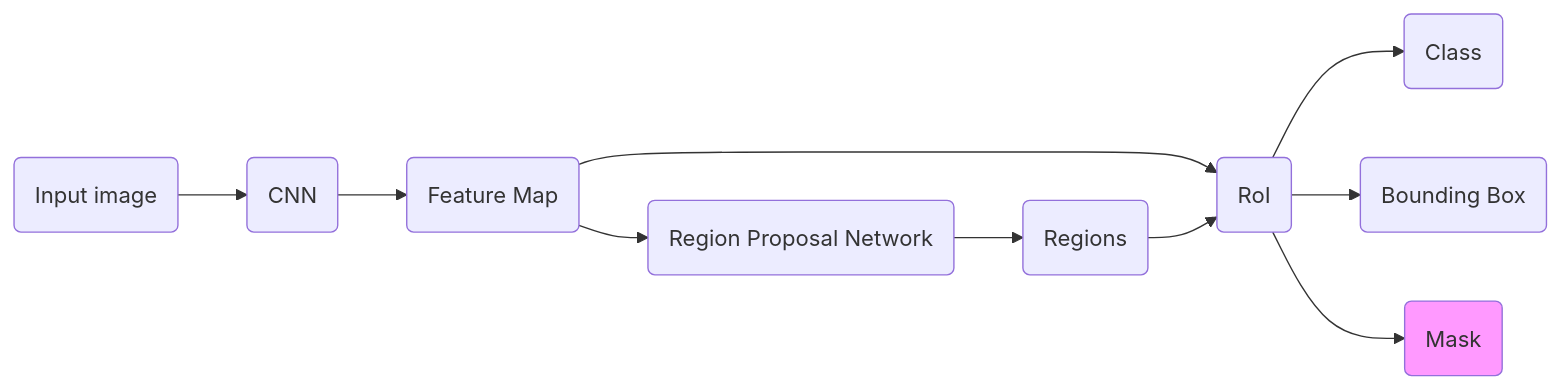
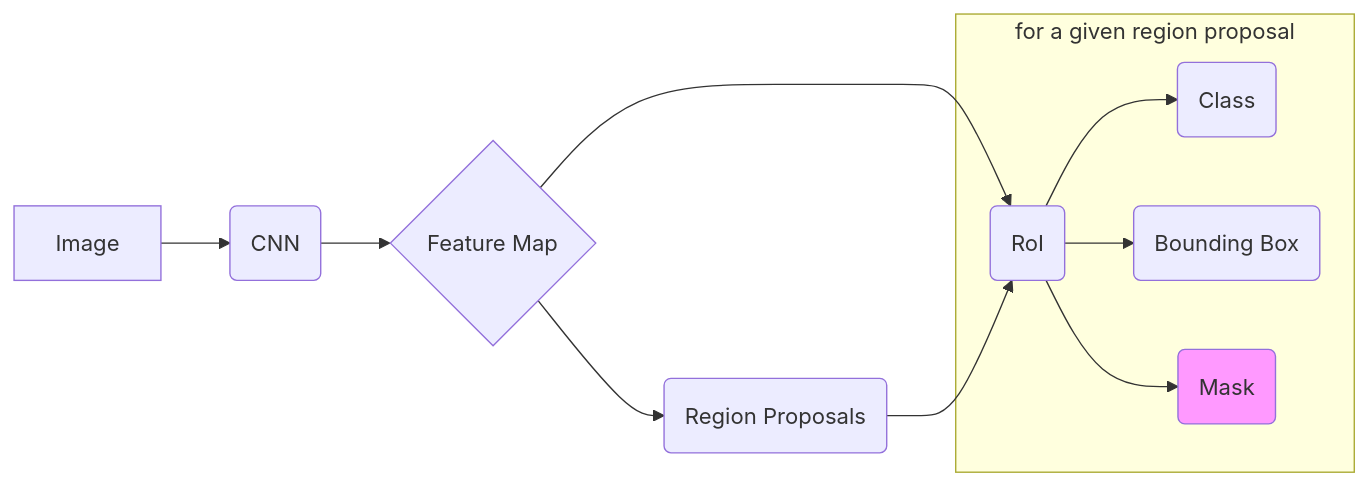
Before and after one commit to rzadp/badminton-monorepo: the diagram in thesis/chapters/podejscie/mask_r-cnn/mask_r-cnn.mmd, drawn with Mermaid. The commit also changed 2 other files, not shown here.

```diff
--- a/thesis/chapters/podejscie/mask_r-cnn/mask_r-cnn.mmd
+++ b/thesis/chapters/podejscie/mask_r-cnn/mask_r-cnn.mmd
@@ -1,32 +1,31 @@
 graph LR
 
 %% ...::: NODES :::...
 
-input(Input image)
+input[Image]
 cnn(CNN)
-feature_map(Feature Map)
-rpn(Region Proposal Network)
-regions(Regions)
+feature_map{Feature Map}
+rpn(Region Proposals)
 roi(RoI)
 
 clas(Class)
 bounding_box(Bounding Box)
 mask(Mask)
 
 %% ...::: STYLING :::...
 
 style mask fill:#f9f
 
 %% ...::: FLOWS :::...
 
 input-->cnn
 cnn-->feature_map
 feature_map-->rpn
-rpn-->regions
 
 feature_map-->roi
-regions-->roi
-
-roi-->clas
-roi-->bounding_box
-roi-->mask
+rpn-->roi
+subgraph for a given region proposal
+  roi-->clas
+  roi-->bounding_box
+  roi-->mask
+end
```
